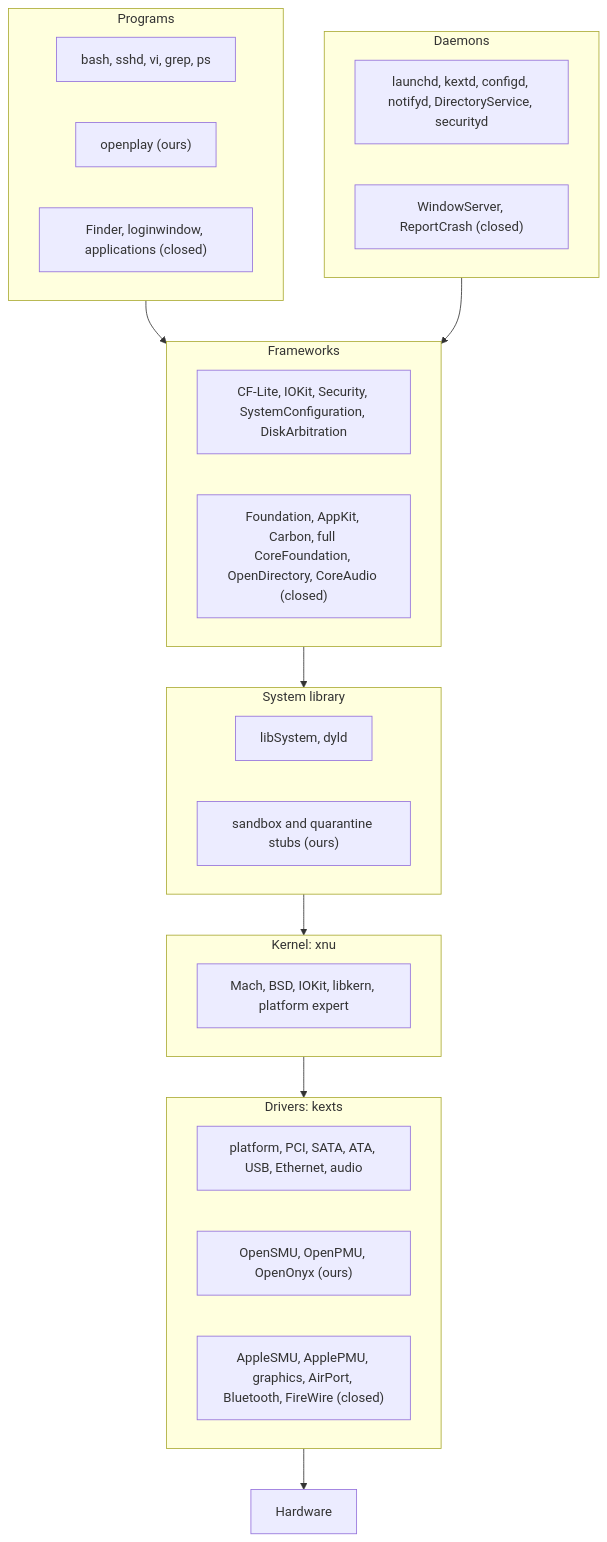
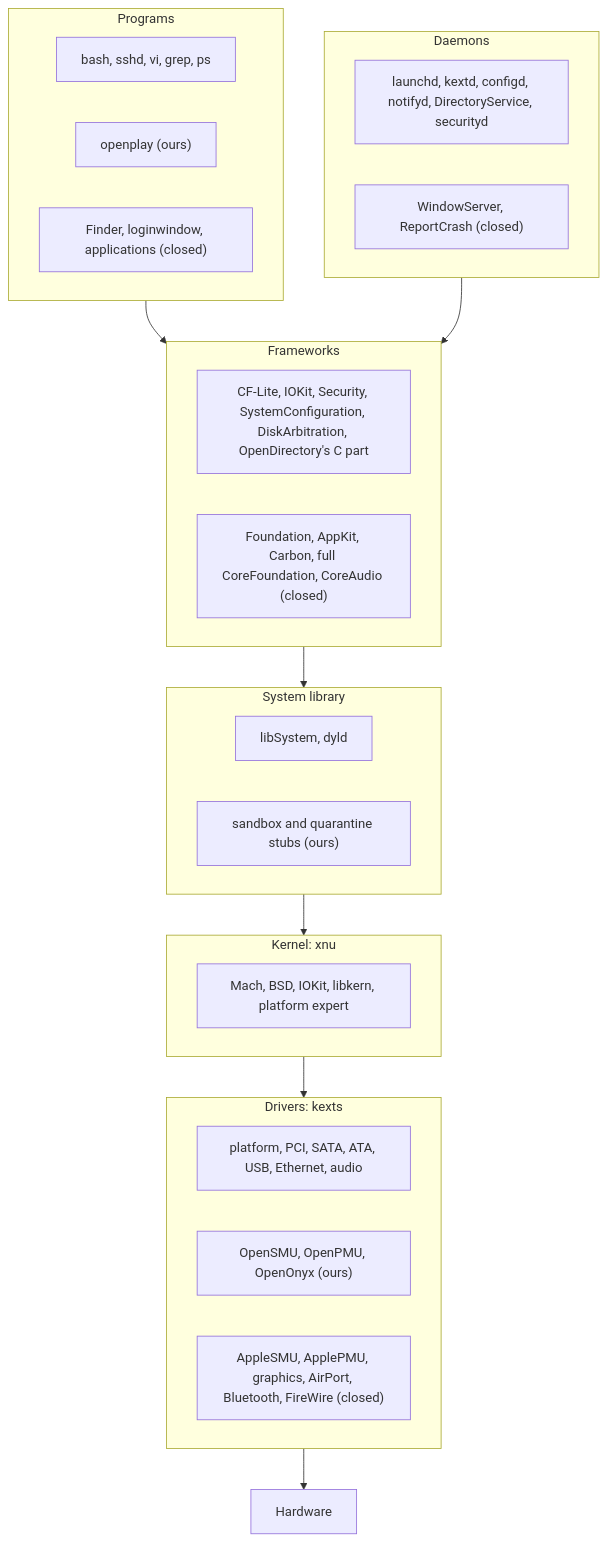
The diagram in docs/src/background/what-darwin-is.md (nyg/PowerDarwin), drawn with Mermaid before and after one commit. The commit also changed other lines of this file and 27 other files, not shown here.

Commit message:
feat: build OpenDirectory, and with it passwd, chpass and pam_securityserver

````diff
--- a/docs/src/background/what-darwin-is.md
+++ b/docs/src/background/what-darwin-is.md
@@ -19,41 +19,41 @@
 ```mermaid
 flowchart TB
     subgraph APPS[Programs]
         direction LR
         A1["bash, sshd, vi, grep, ps"]
         A2["openplay (ours)"]
         A3["Finder, loginwindow, applications (closed)"]
     end
     subgraph DAEMONS[Daemons]
         direction LR
         D1["launchd, kextd, configd, notifyd, DirectoryService, securityd"]
         D2["WindowServer, ReportCrash (closed)"]
     end
     subgraph FW[Frameworks]
         direction LR
-        F1["CF-Lite, IOKit, Security, SystemConfiguration, DiskArbitration"]
-        F2["Foundation, AppKit, Carbon, full CoreFoundation, OpenDirectory, CoreAudio (closed)"]
+        F1["CF-Lite, IOKit, Security, SystemConfiguration, DiskArbitration, OpenDirectory's C part"]
+        F2["Foundation, AppKit, Carbon, full CoreFoundation, CoreAudio (closed)"]
     end
     subgraph LIB[System library]
         direction LR
         L1["libSystem, dyld"]
         L2["sandbox and quarantine stubs (ours)"]
     end
     subgraph KERN[Kernel: xnu]
         direction LR
         K1["Mach, BSD, IOKit, libkern, platform expert"]
     end
     subgraph KEXTS[Drivers: kexts]
         direction LR
         X1["platform, PCI, SATA, ATA, USB, Ethernet, audio"]
         X2["OpenSMU, OpenPMU, OpenOnyx (ours)"]
         X3["AppleSMU, ApplePMU, graphics, AirPort, Bluetooth, FireWire (closed)"]
     end
     HW[Hardware]
     APPS --> FW
     DAEMONS --> FW
     FW --> LIB
     LIB --> KERN
     KERN --> KEXTS
     KEXTS --> HW
 ```
````
